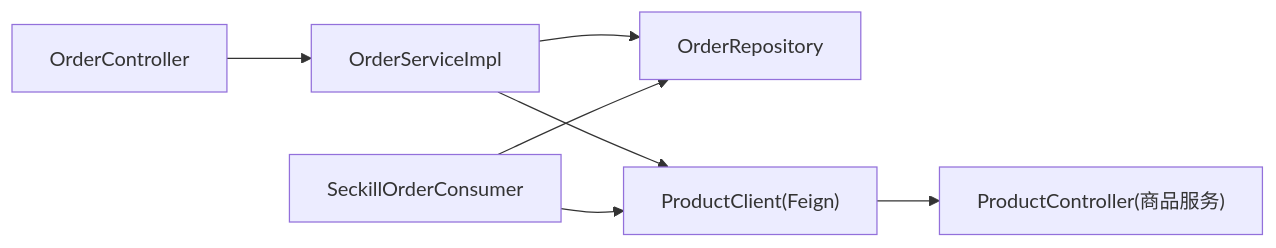
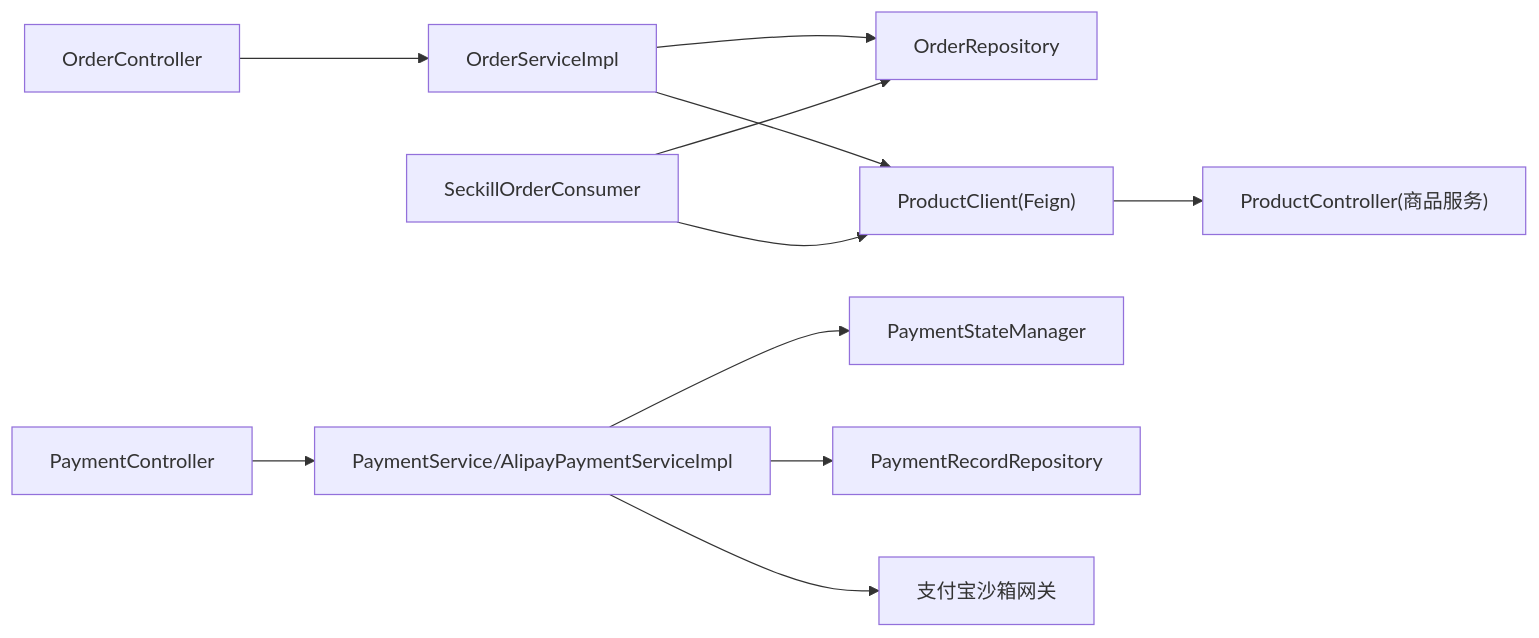
The eighth of 8 diagrams in .qoder/repowiki/zh/content/后端架构设计/订单服务.md (haohailiang/qoder-fullstack), drawn with Mermaid before and after one commit. The commit also changed other lines of this file and 33 other files, not shown here.

````diff
--- a/.qoder/repowiki/zh/content/后端架构设计/订单服务.md
+++ b/.qoder/repowiki/zh/content/后端架构设计/订单服务.md
@@ -326,9 +416,13 @@
 ```mermaid
 graph LR
 OC["OrderController"] --> OS["OrderServiceImpl"]
 OS --> OR["OrderRepository"]
 OS --> PC["ProductClient(Feign)"]
 CSM["SeckillOrderConsumer"] --> PC
 CSM --> OR
 PC --> PCTL["ProductController(商品服务)"]
+PAYC["PaymentController"] --> PAYS["PaymentService/AlipayPaymentServiceImpl"]
+PAYS --> PSM["PaymentStateManager"]
+PAYS --> PRR["PaymentRecordRepository"]
+PAYS --> ALIPAY["支付宝沙箱网关"]
 ```
````
